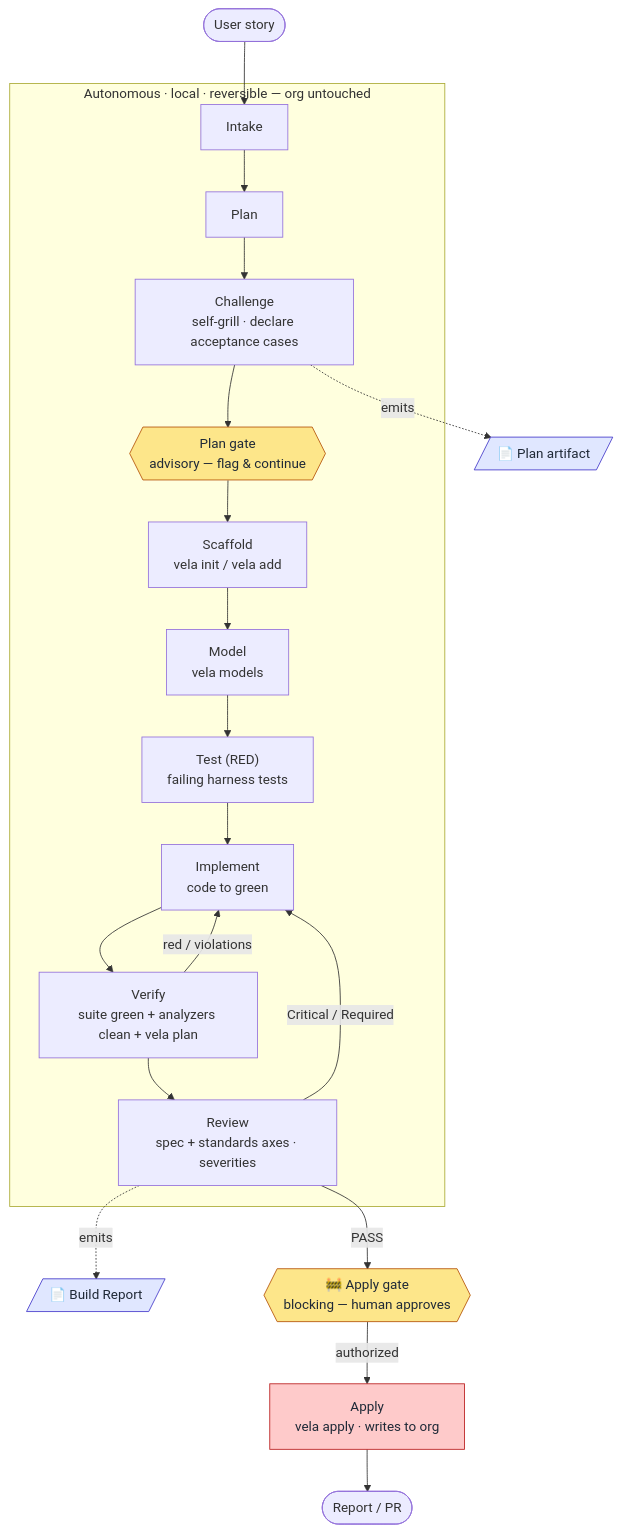
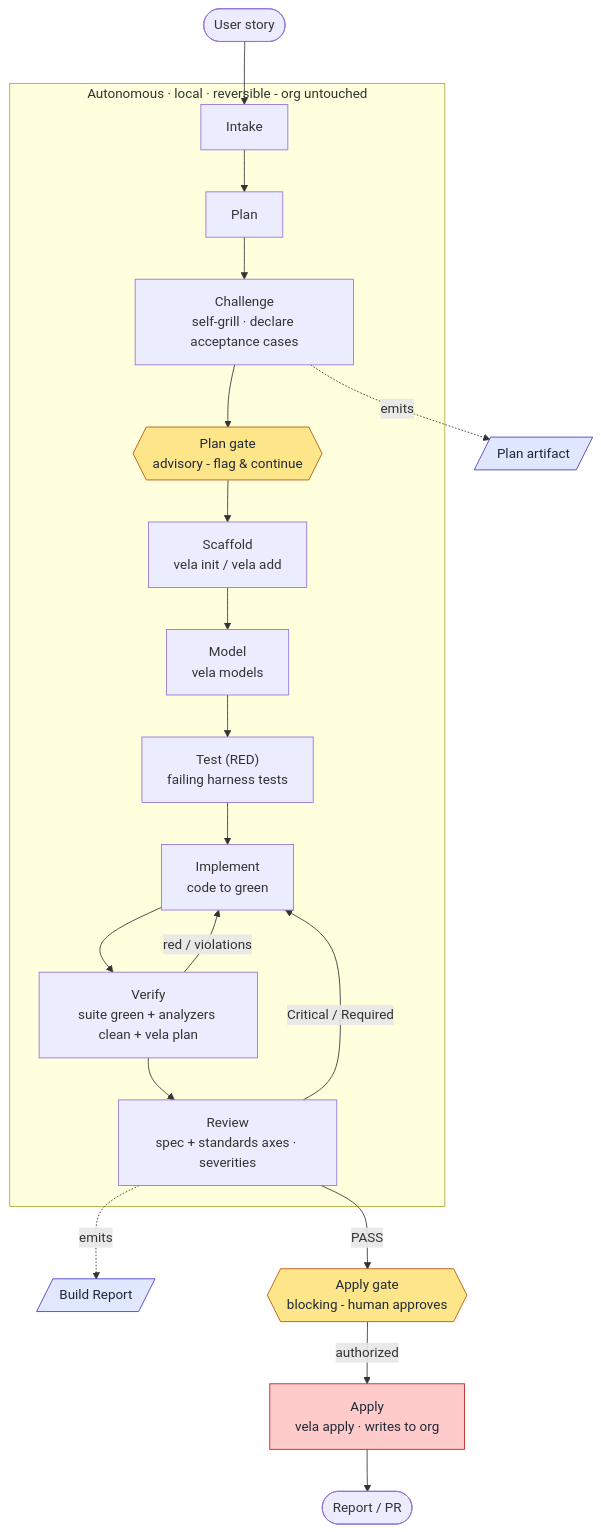
The diagram in README.md (allandecastro/vela-agentic), drawn with Mermaid before and after one commit. The commit also changed other lines of this file and 43 other files, not shown here.

````diff
--- a/README.md
+++ b/README.md
@@ -54,40 +54,40 @@
 ```mermaid
 flowchart TD
     US([User story]) --> I[Intake]
     I --> P[Plan]
     P --> C["Challenge<br/>self-grill · declare acceptance cases"]
-    C -. emits .-> PA[/"📄 Plan artifact"/]
-    C --> G1{{"Plan gate<br/>advisory — flag &amp; continue"}}
+    C -. emits .-> PA[/"Plan artifact"/]
+    C --> G1{{"Plan gate<br/>advisory - flag &amp; continue"}}
     G1 --> S["Scaffold<br/>vela init / vela add"]
     S --> M["Model<br/>vela models"]
     M --> T["Test (RED)<br/>failing harness tests"]
     T --> IM["Implement<br/>code to green"]
     IM --> V["Verify<br/>suite green + analyzers clean + vela plan"]
     V -->|red / violations| IM
     V --> RV["Review<br/>spec + standards axes · severities"]
     RV -->|Critical / Required| IM
-    RV -. emits .-> BR[/"📄 Build Report"/]
-    RV -->|PASS| G2{{"🚧 Apply gate<br/>blocking — human approves"}}
+    RV -. emits .-> BR[/"Build Report"/]
+    RV -->|PASS| G2{{"Apply gate<br/>blocking - human approves"}}
     G2 -->|authorized| AP["Apply<br/>vela apply · writes to org"]
     AP --> R([Report / PR])
 
-    subgraph LOCAL ["Autonomous · local · reversible — org untouched"]
+    subgraph LOCAL ["Autonomous · local · reversible - org untouched"]
         I
         P
         C
         G1
         S
         M
         T
         IM
         V
         RV
     end
 
     classDef gate fill:#fde68a,stroke:#b45309,color:#1f2937;
     classDef org fill:#fecaca,stroke:#b91c1c,color:#1f2937;
     classDef art fill:#e0e7ff,stroke:#4338ca,color:#1f2937;
     class G1,G2 gate
     class AP org
     class PA,BR art
 ```
````
